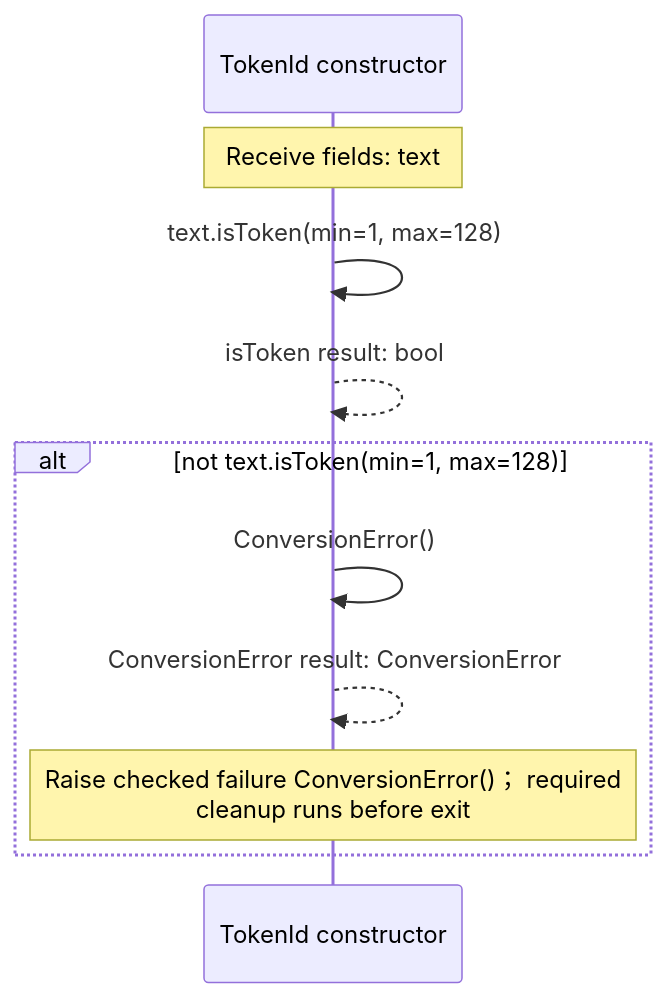
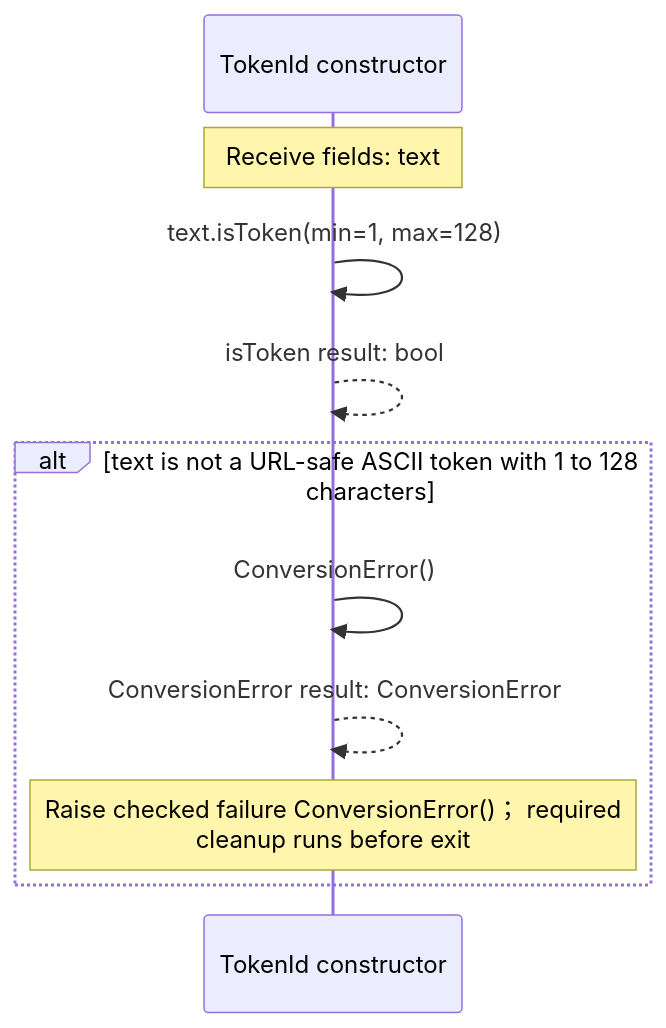
One commit to GreenPandaStudios/augscript changed the first of 4 diagrams in src/stdlib/values/text.aug.diagrams.md. Above: the diagram before and after it, drawn with Mermaid. The commit also changed other lines of this file and 658 other files, not shown here.

````diff
--- a/src/stdlib/values/text.aug.diagrams.md
+++ b/src/stdlib/values/text.aug.diagrams.md
@@ -18,13 +25,13 @@
 ```mermaid
 sequenceDiagram
     participant p0 as TokenId constructor
 
     Note over p0: Receive fields: text
     p0->>p0: text.isToken(min=1, max=128)
     p0-->>p0: isToken result: bool
-    alt not text.isToken(min=1, max=128)
+    alt text is not a URL-safe ASCII token with 1 to 128<br/>characters
     p0->>p0: ConversionError()
     p0-->>p0: ConversionError result: ConversionError
     Note over p0: Raise checked failure ConversionError()； required<br/>cleanup runs before exit
     end
 ```
````
